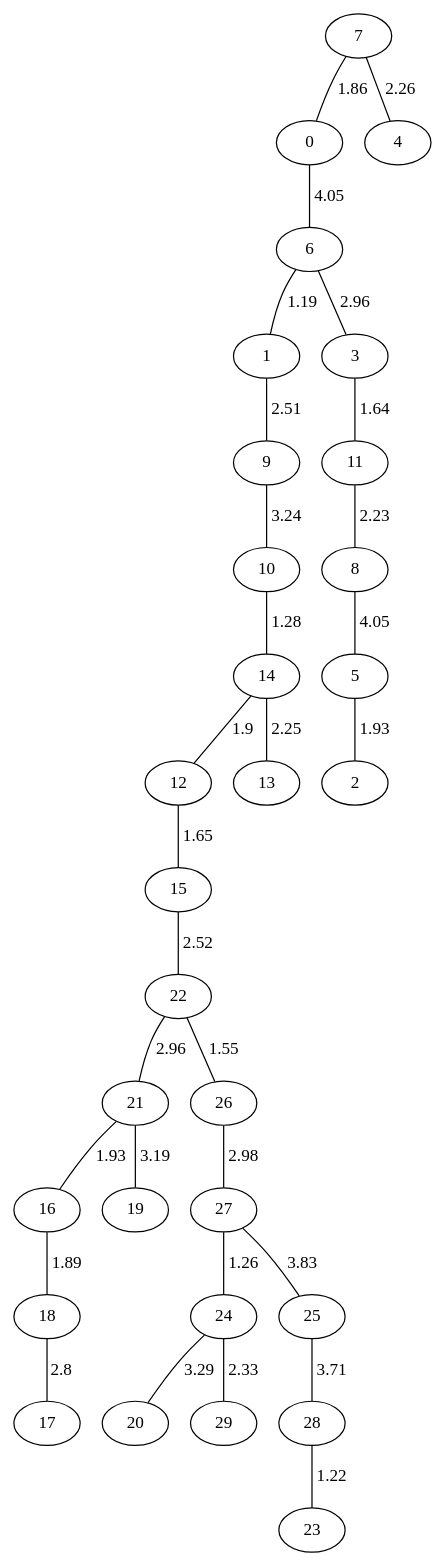
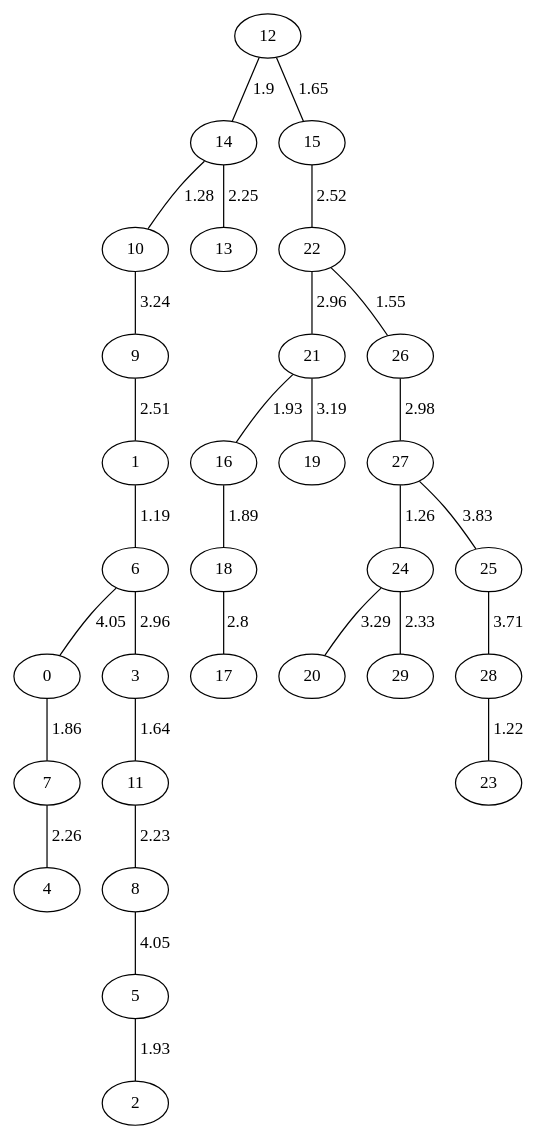
The diagram in Proyecto 4/Grafos MST/grafo_Barabási-Albert_30_no dirigido_prim.gv (amorac4/DAA24), drawn with Graphviz before and after one commit. The commit also changed 62 other files, not shown here.

```diff
--- a/Proyecto 4/Grafos MST/grafo_Barabási-Albert_30_no dirigido_prim.gv
+++ b/Proyecto 4/Grafos MST/grafo_Barabási-Albert_30_no dirigido_prim.gv
@@ -1,61 +1,61 @@
 graph G {
   "0";
   "1";
   "10";
   "11";
   "12";
   "13";
   "14";
   "15";
   "16";
   "17";
   "18";
   "19";
   "2";
   "20";
   "21";
   "22";
   "23";
   "24";
   "25";
   "26";
   "27";
   "28";
   "29";
   "3";
   "4";
   "5";
   "6";
   "7";
   "8";
   "9";
-  "7" -- "0" [label="1.86"];
-  "7" -- "4" [label="2.26"];
-  "0" -- "6" [label="4.05"];
-  "6" -- "1" [label="1.19"];
-  "1" -- "9" [label="2.51"];
-  "6" -- "3" [label="2.96"];
-  "3" -- "11" [label="1.64"];
-  "11" -- "8" [label="2.23"];
-  "9" -- "10" [label="3.24"];
-  "10" -- "14" [label="1.28"];
-  "14" -- "12" [label="1.9"];
   "12" -- "15" [label="1.65"];
+  "12" -- "14" [label="1.9"];
+  "14" -- "10" [label="1.28"];
   "14" -- "13" [label="2.25"];
   "15" -- "22" [label="2.52"];
   "22" -- "26" [label="1.55"];
   "22" -- "21" [label="2.96"];
   "21" -- "16" [label="1.93"];
   "16" -- "18" [label="1.89"];
   "18" -- "17" [label="2.8"];
   "26" -- "27" [label="2.98"];
   "27" -- "24" [label="1.26"];
   "24" -- "29" [label="2.33"];
   "21" -- "19" [label="3.19"];
+  "10" -- "9" [label="3.24"];
+  "9" -- "1" [label="2.51"];
+  "1" -- "6" [label="1.19"];
+  "6" -- "3" [label="2.96"];
+  "3" -- "11" [label="1.64"];
+  "11" -- "8" [label="2.23"];
   "24" -- "20" [label="3.29"];
   "27" -- "25" [label="3.83"];
   "25" -- "28" [label="3.71"];
   "28" -- "23" [label="1.22"];
+  "6" -- "0" [label="4.05"];
+  "0" -- "7" [label="1.86"];
+  "7" -- "4" [label="2.26"];
   "8" -- "5" [label="4.05"];
   "5" -- "2" [label="1.93"];
 }
```
